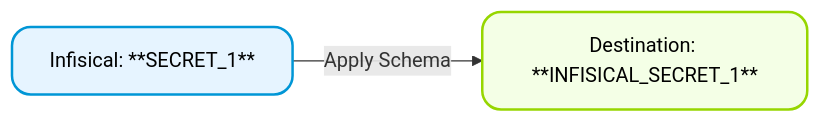
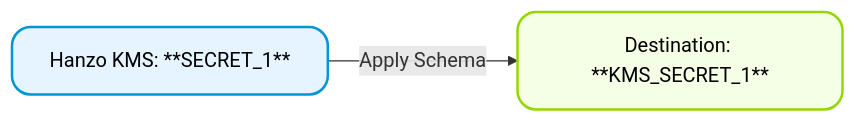
Before and after one commit to hanzoai/kms: the second of 2 diagrams in docs/integrations/secret-syncs/overview.mdx, drawn with Mermaid. The commit also changed other lines of this file and 927 other files, not shown here.

First line of the commit message:
feat: complete Hanzo KMS rebranding across upstream merge

````diff
--- a/docs/integrations/secret-syncs/overview.mdx
+++ b/docs/integrations/secret-syncs/overview.mdx
@@ -110,6 +110,6 @@
     ```mermaid
     graph LR
-      A[Infisical: **SECRET_1**] -->|Apply Schema| B[Destination: **INFISICAL_SECRET_1**]
+      A[Hanzo KMS: **SECRET_1**] -->|Apply Schema| B[Destination: **KMS_SECRET_1**]
       style B fill:#F4FFE6,stroke:#96D600,stroke-width:2px,color:black,rx:15px
       style A fill:#E6F4FF,stroke:#0096D6,stroke-width:2px,color:black,rx:15px
     ```
````
